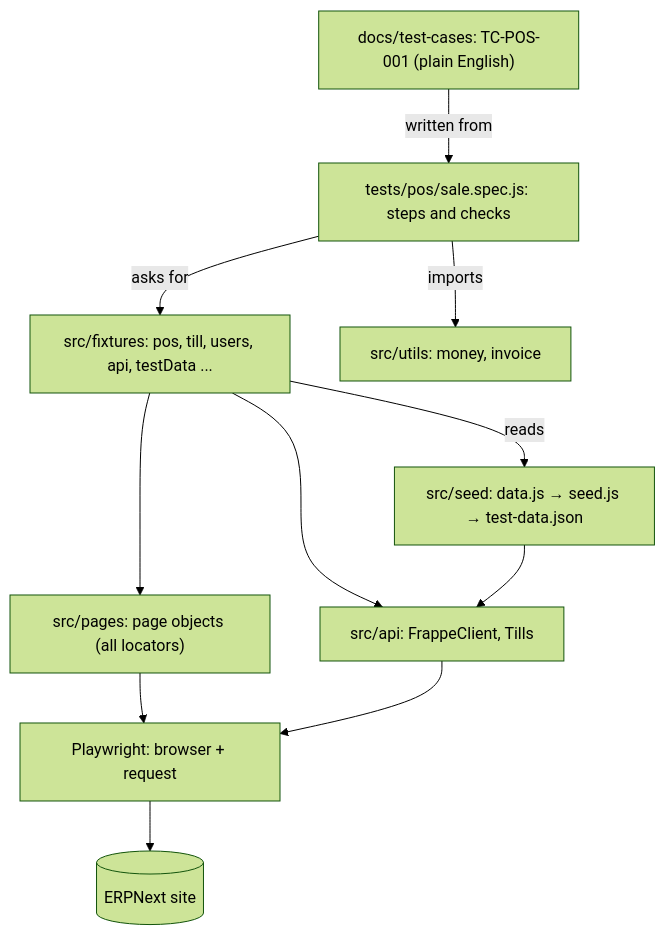
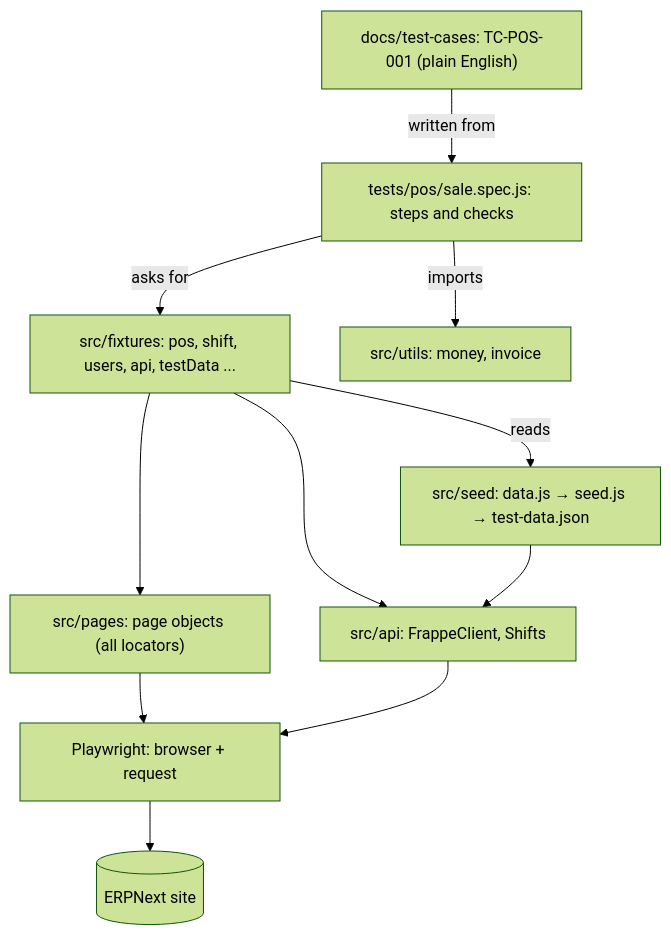
One commit to sudhansushekhar/erpnext-playwright-ai-test-automation changed the second of 5 diagrams in docs/framework.md. Above: the diagram before and after it, drawn with Mermaid (forest theme). The commit also changed other lines of this file and 23 other files, not shown here.

First line of the commit message:
Parallel test runs: one billing counter per worker; till renamed

````diff
--- a/docs/framework.md
+++ b/docs/framework.md
@@ -115,23 +115,23 @@
 ```mermaid
 flowchart TB
   TC["docs/test-cases: TC-POS-001 (plain English)"]
   SPEC["tests/pos/sale.spec.js: steps and checks"]
-  FIX["src/fixtures: pos, till, users, api, testData ..."]
+  FIX["src/fixtures: pos, shift, users, api, testData ..."]
   PAGES["src/pages: page objects (all locators)"]
-  API["src/api: FrappeClient, Tills"]
+  API["src/api: FrappeClient, Shifts"]
   UTILS["src/utils: money, invoice"]
   SEED["src/seed: data.js → seed.js → test-data.json"]
   PW["Playwright: browser + request"]
   ERP[("ERPNext site")]
 
   TC -->|"written from"| SPEC
   SPEC -->|"asks for"| FIX
   SPEC -->|"imports"| UTILS
   FIX --> PAGES
   FIX --> API
   FIX -->|"reads"| SEED
   PAGES --> PW
   API --> PW
   SEED --> API
   PW --> ERP
 ```
````
